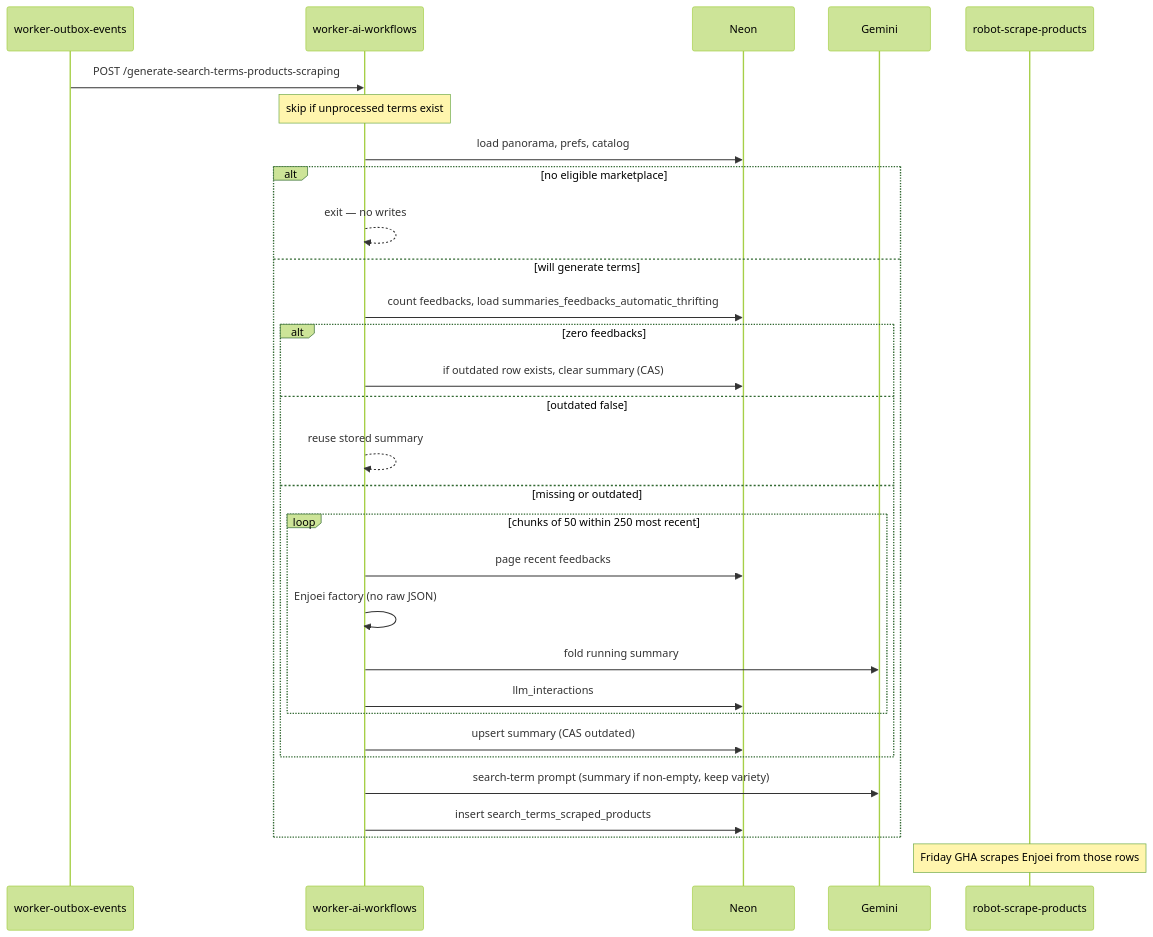
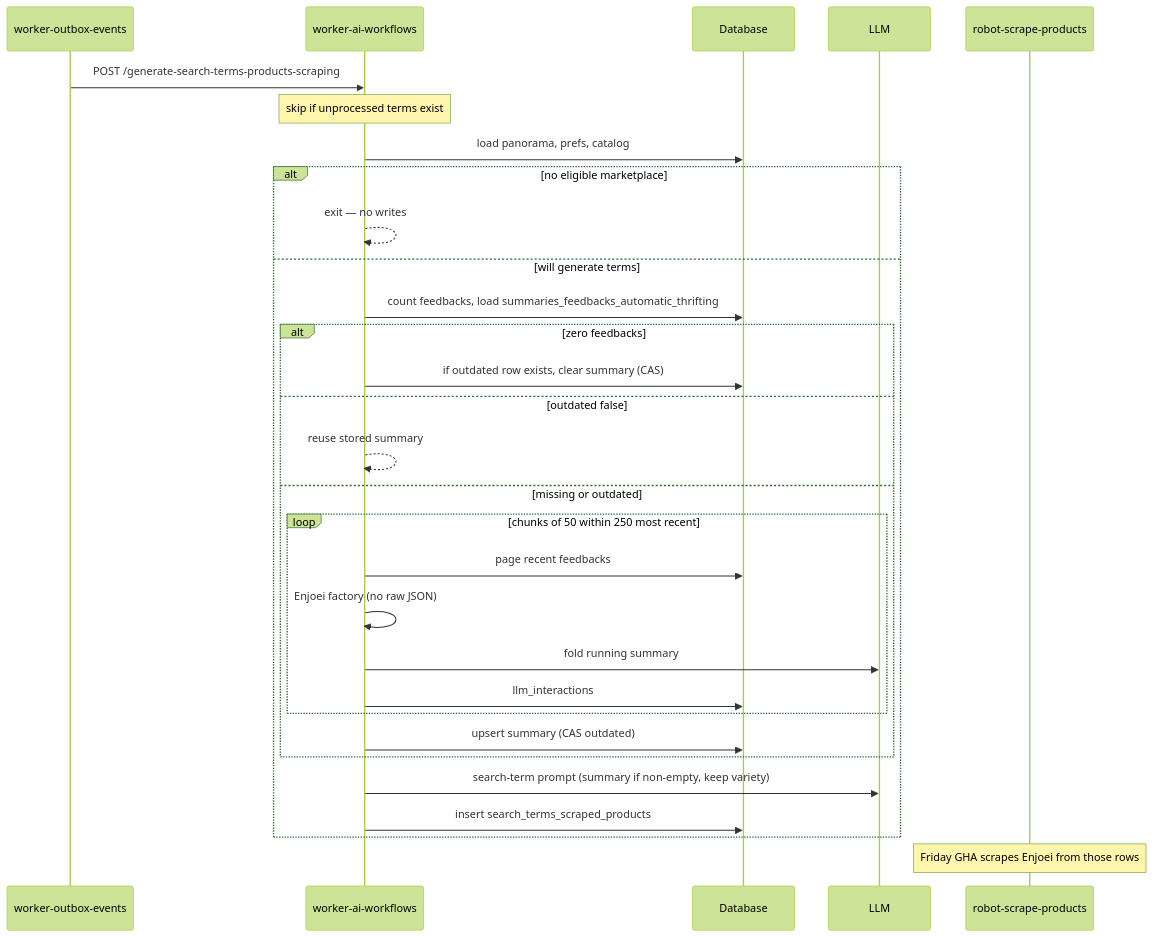
One commit to emmanuelviniciusdev/SkyDIIV--backstage changed the diagram in apps/worker-ai-workflows/docs/GENERATE_SEARCH_TERMS_PRODUCTS_SCRAPING.md. Above: the diagram before and after it, drawn with Mermaid (forest theme). The commit also changed other lines of this file and 72 other files, not shown here.

````diff
--- a/apps/worker-ai-workflows/docs/GENERATE_SEARCH_TERMS_PRODUCTS_SCRAPING.md
+++ b/apps/worker-ai-workflows/docs/GENERATE_SEARCH_TERMS_PRODUCTS_SCRAPING.md
@@ -21,33 +21,33 @@
 ```mermaid
 sequenceDiagram
   participant OB as worker-outbox-events
   participant AI as worker-ai-workflows
-  participant DB as Neon
-  participant LLM as Gemini
+  participant DB as Database
+  participant LLM as LLM
   participant R as robot-scrape-products
 
   OB->>AI: POST /generate-search-terms-products-scraping
   Note over AI: skip if unprocessed terms exist
   AI->>DB: load panorama, prefs, catalog
   alt no eligible marketplace
     AI-->>AI: exit — no writes
   else will generate terms
     AI->>DB: count feedbacks, load summaries_feedbacks_automatic_thrifting
     alt zero feedbacks
       AI->>DB: if outdated row exists, clear summary (CAS)
     else outdated false
       AI-->>AI: reuse stored summary
     else missing or outdated
       loop chunks of 50 within 250 most recent
         AI->>DB: page recent feedbacks
         AI->>AI: Enjoei factory (no raw JSON)
         AI->>LLM: fold running summary
         AI->>DB: llm_interactions
       end
       AI->>DB: upsert summary (CAS outdated)
     end
     AI->>LLM: search-term prompt (summary if non-empty, keep variety)
     AI->>DB: insert search_terms_scraped_products
   end
   Note over R: Friday GHA scrapes Enjoei from those rows
 ```
````
